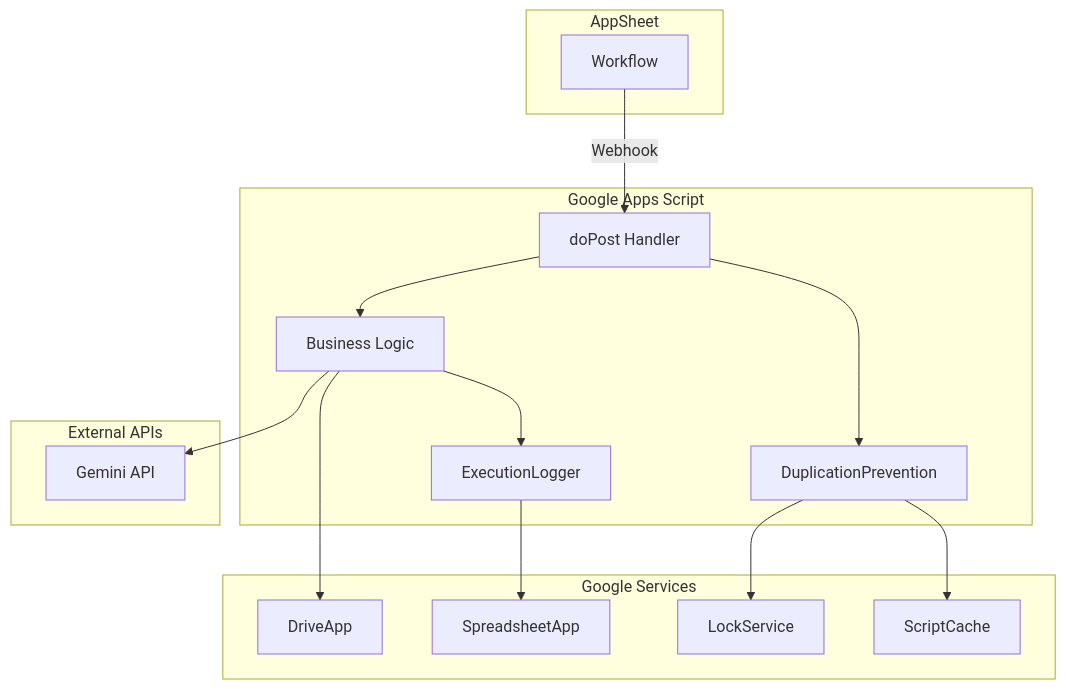
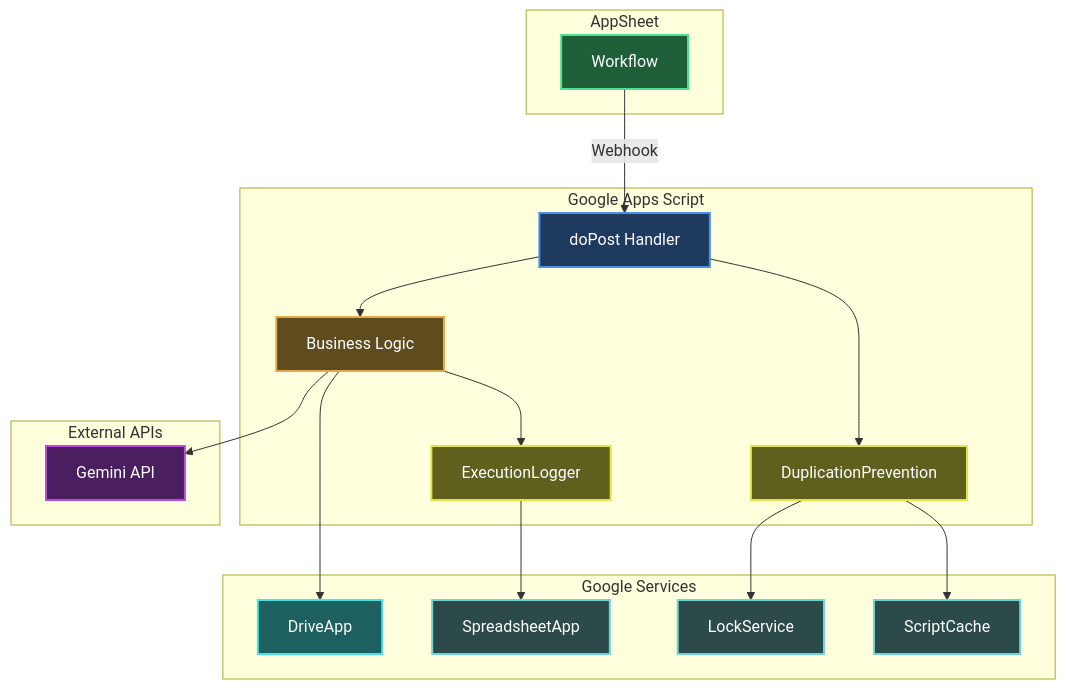
The eighth of 8 diagrams in gas_projects/projects/clients/Appsheet_利用者_フェースシート/FLOW.md (tasai-lab/appsheet-gas-automation), drawn with Mermaid before and after one commit. The commit also changed other lines of this file and 15 other files, not shown here.

First line of the commit message:
docs: FLOW.mdにダークモード対応配色を適用 - 全15プロジェクト完了

````diff
--- a/gas_projects/projects/clients/Appsheet_利用者_フェースシート/FLOW.md
+++ b/gas_projects/projects/clients/Appsheet_利用者_フェースシート/FLOW.md
@@ -200,35 +243,46 @@
 ```mermaid
 graph TB
     subgraph "AppSheet"
         A[Workflow]
     end
-    
+
     subgraph "Google Apps Script"
         B[doPost Handler]
         C[DuplicationPrevention]
         D[ExecutionLogger]
         E[Business Logic]
     end
-    
+
     subgraph "Google Services"
         F[ScriptCache]
         G[LockService]
         H[SpreadsheetApp]
         I[DriveApp]
     end
-    
+
     subgraph "External APIs"
         J[Gemini API]
     end
-    
+
     A -->|Webhook| B
     B --> C
     B --> E
     E --> D
-    
+
     C --> F
     C --> G
     D --> H
     E --> I
     E --> J
+
+    style A fill:#1e5f3a,stroke:#4ae290,stroke-width:2px,color:#ffffff
+    style B fill:#1e3a5f,stroke:#4a90e2,stroke-width:2px,color:#ffffff
+    style C fill:#5f5f1e,stroke:#e2e24a,stroke-width:2px,color:#ffffff
+    style D fill:#5f5f1e,stroke:#e2e24a,stroke-width:2px,color:#ffffff
+    style E fill:#5f4c1e,stroke:#e2a84a,stroke-width:2px,color:#ffffff
+    style F fill:#2d4a4a,stroke:#6dd6d6,stroke-width:2px,color:#ffffff
+    style G fill:#2d4a4a,stroke:#6dd6d6,stroke-width:2px,color:#ffffff
+    style H fill:#2d4a4a,stroke:#6dd6d6,stroke-width:2px,color:#ffffff
+    style I fill:#1e5f5f,stroke:#4ae2e2,stroke-width:2px,color:#ffffff
+    style J fill:#4a1e5f,stroke:#b84ae2,stroke-width:2px,color:#ffffff
 ```
````
